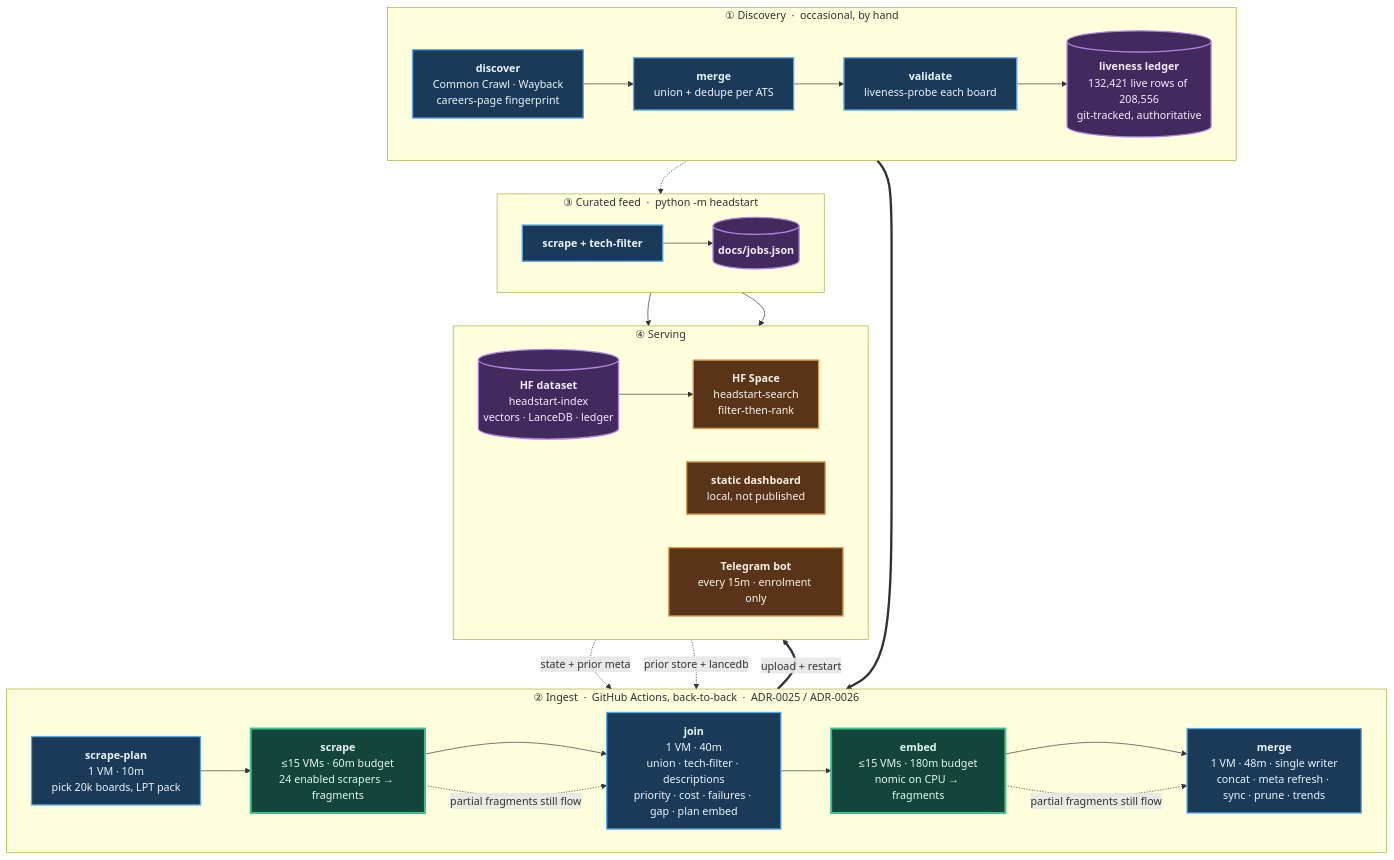
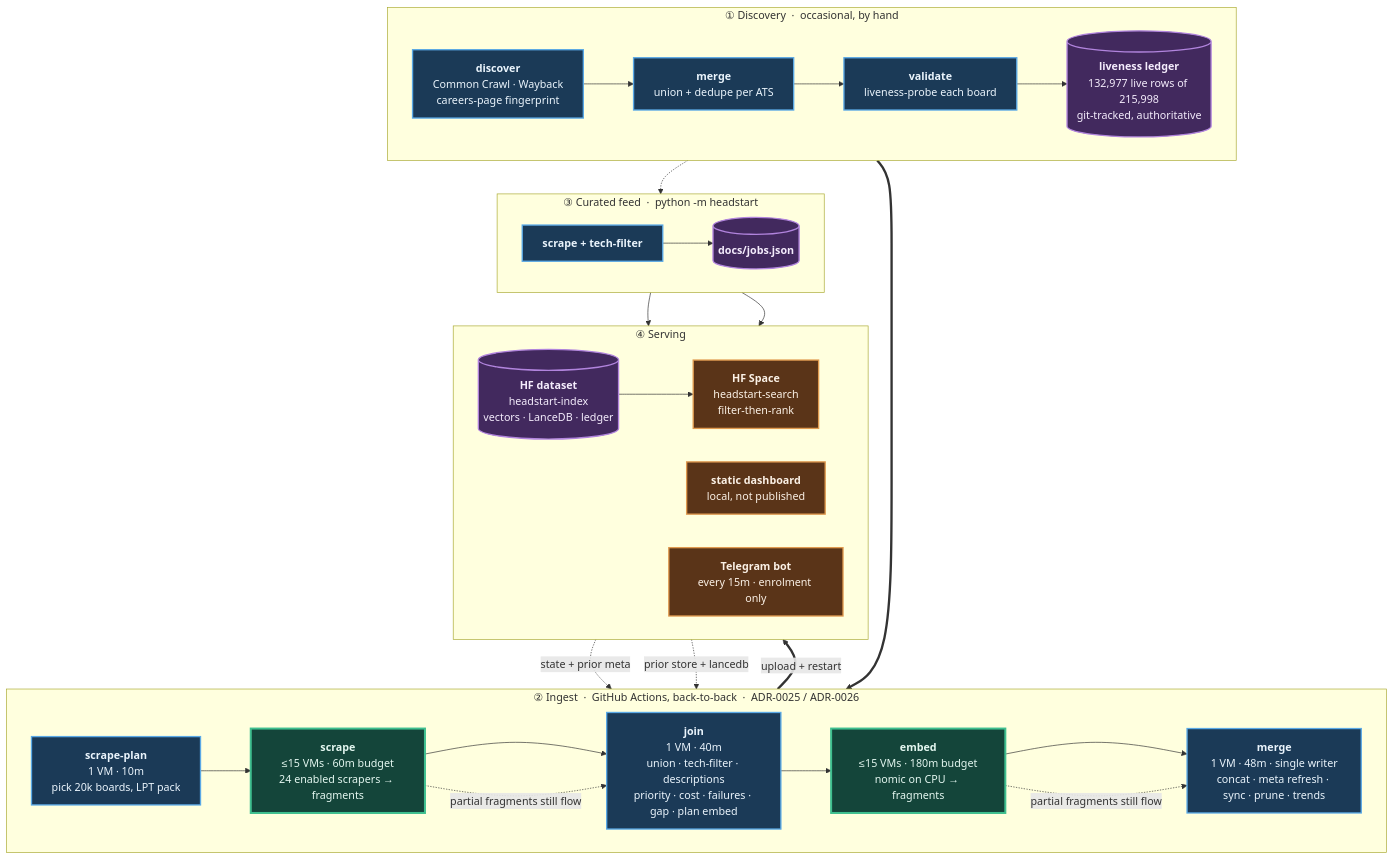
The diagram in README.md (sarthakjain004/headstart), drawn with Mermaid before and after one commit. The commit also changed other lines of this file and 16 other files, not shown here.

````diff
--- a/README.md
+++ b/README.md
@@ -84,56 +84,56 @@
 ```mermaid
 flowchart TB
     subgraph D["① Discovery &nbsp;·&nbsp; occasional, by hand"]
         direction LR
         D1["<b>discover</b><br/>Common Crawl · Wayback<br/>careers-page fingerprint"]
         D2["<b>merge</b><br/>union + dedupe per ATS"]
         D3["<b>validate</b><br/>liveness-probe each board"]
-        D4[("<b>liveness ledger</b><br/>132,421 live rows of 208,556<br/>git-tracked, authoritative")]
+        D4[("<b>liveness ledger</b><br/>132,977 live rows of 215,998<br/>git-tracked, authoritative")]
         D1 --> D2 --> D3 --> D4
     end
 
     subgraph P["② Ingest &nbsp;·&nbsp; GitHub Actions, back-to-back &nbsp;·&nbsp; ADR-0025 / ADR-0026"]
         direction LR
         P1["<b>scrape-plan</b><br/>1 VM · 10m<br/>pick 20k boards, LPT pack"]
         P2["<b>scrape</b><br/>≤15 VMs · 60m budget<br/>24 enabled scrapers → fragments"]
         P3["<b>join</b><br/>1 VM · 40m<br/>union · tech-filter · descriptions<br/>priority · cost · failures · gap · plan embed"]
         P4["<b>embed</b><br/>≤15 VMs · 180m budget<br/>nomic on CPU → fragments"]
         P5["<b>merge</b><br/>1 VM · 48m · single writer<br/>concat · meta refresh · sync · prune · trends"]
         P1 --> P2 --> P3 --> P4 --> P5
     end
 
     subgraph F["③ Curated feed &nbsp;·&nbsp; python -m headstart"]
         direction LR
         F1["<b>scrape + tech-filter</b>"]
         F2[("<b>docs/jobs.json</b>")]
         F1 --> F2
     end
 
     subgraph S["④ Serving"]
         direction LR
         S1[("<b>HF dataset</b><br/>headstart-index<br/>vectors · LanceDB · ledger")]
         S2["<b>HF Space</b><br/>headstart-search<br/>filter-then-rank"]
         S3["<b>static dashboard</b><br/>local, not published"]
         S4["<b>Telegram bot</b><br/>every 15m · enrolment only"]
         S1 --> S2
     end
 
     D4 ==> P1
     S1 -. "state + prior meta" .-> P1
     S1 -. "prior store + lancedb" .-> P5
     D4 -.-> F1
     P5 ==>|"upload + restart"| S1
     F2 --> S3
     F2 --> S4
     P2 -. "partial fragments still flow" .-> P3
     P4 -. "partial fragments still flow" .-> P5
 
     classDef serial fill:#1b3a57,stroke:#5aa9e6,stroke-width:2px,color:#eaf4fc
     classDef fan fill:#14453a,stroke:#3fbf8f,stroke-width:3px,color:#e4f7f0
     classDef store fill:#42295e,stroke:#b184dd,stroke-width:2px,color:#f4ecfc
     classDef serve fill:#5a3418,stroke:#e09a4f,stroke-width:2px,color:#fbf1e6
     class D1,D2,D3,P1,P3,P5,F1 serial
     class P2,P4 fan
     class D4,F2,S1 store
     class S2,S3,S4 serve
 ```
````
